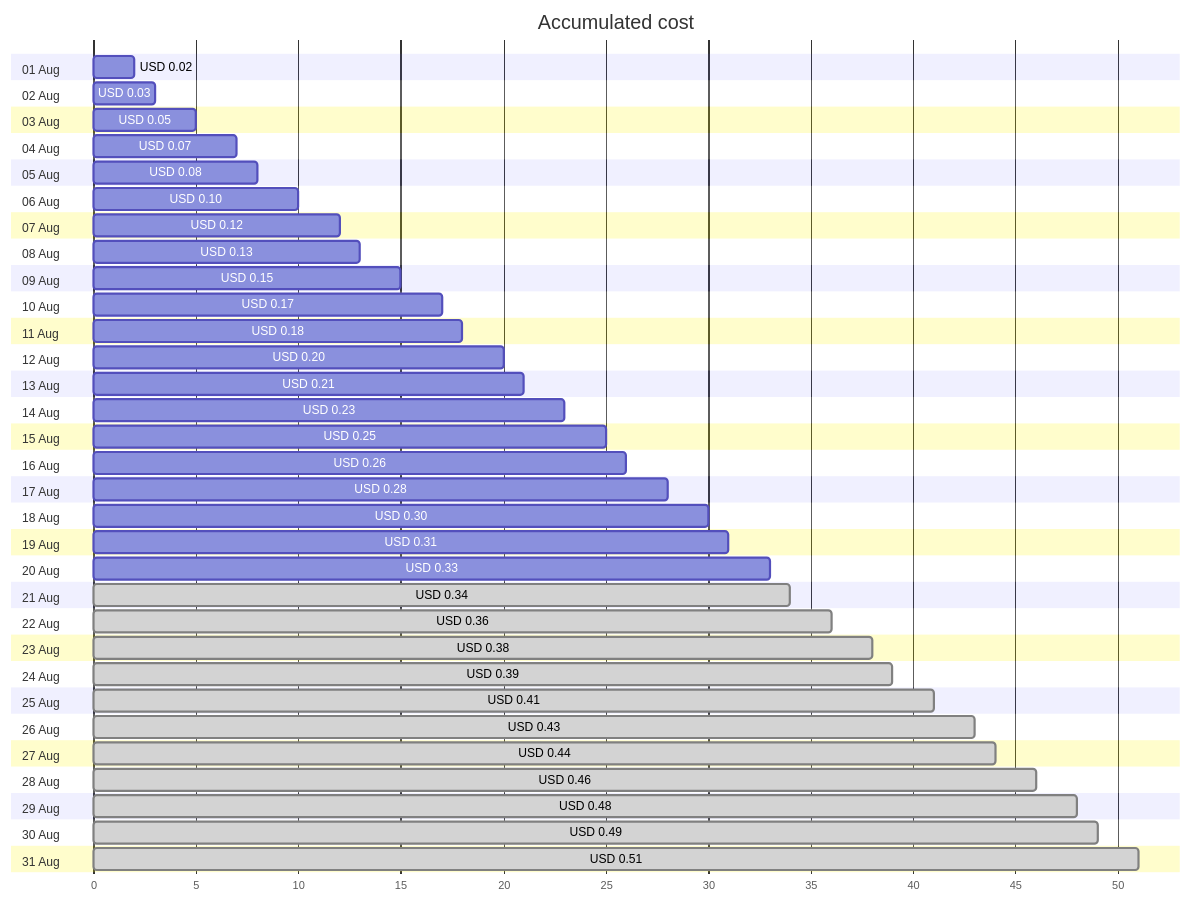
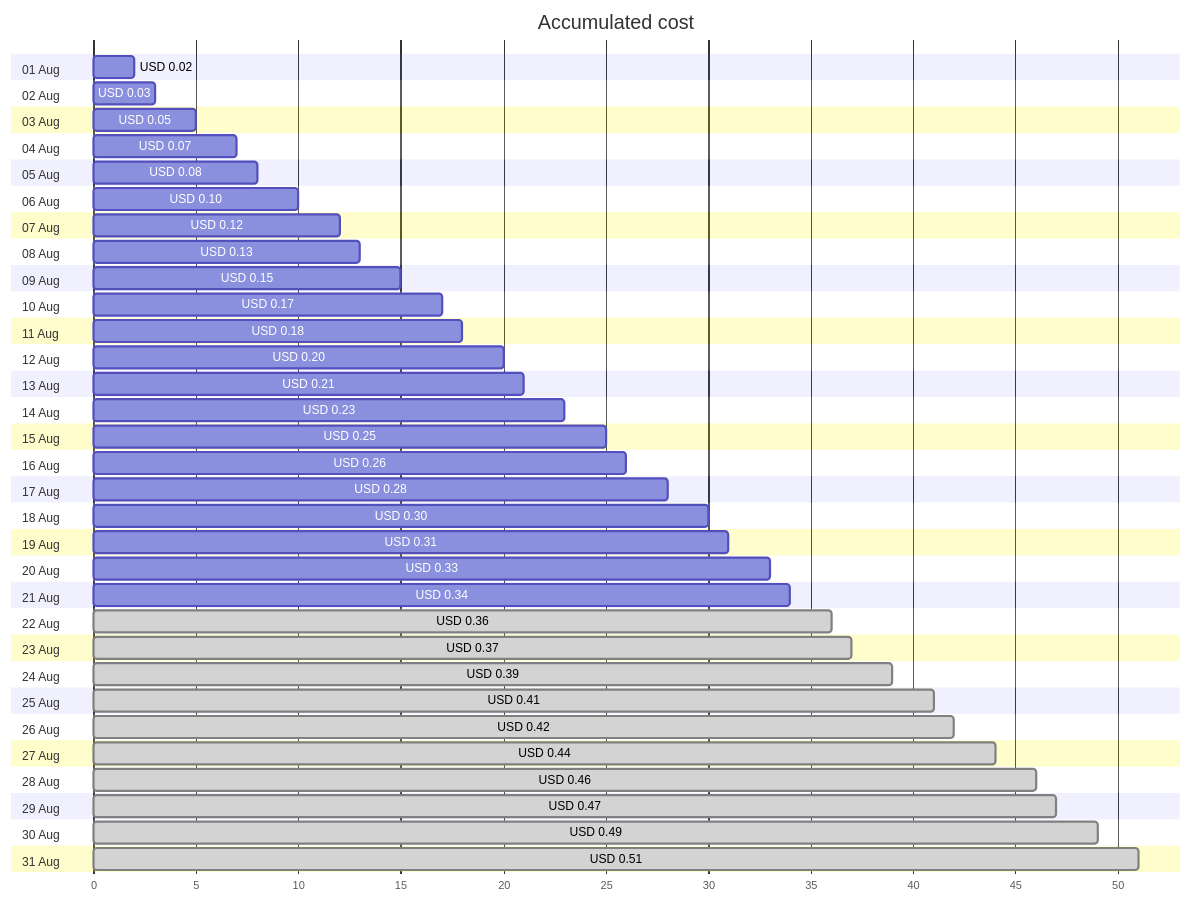
Before and after one commit to jpfulton/azure-personal-reports: the first of 4 diagrams in cost-reports/personal-dns/jpatrickfulton.dev.md, drawn with Mermaid. The commit also changed other lines of this file and 2 other files, not shown here.

````diff
--- a/cost-reports/personal-dns/jpatrickfulton.dev.md
+++ b/cost-reports/personal-dns/jpatrickfulton.dev.md
@@ -20,68 +20,68 @@
 ```mermaid
 gantt
    title Accumulated cost
    dateFormat  X
    axisFormat %s
    section 01 Aug
    USD 0.02 :0, 2
    section 02 Aug
    USD 0.03 :0, 3
    section 03 Aug
    USD 0.05 :0, 5
    section 04 Aug
    USD 0.07 :0, 7
    section 05 Aug
    USD 0.08 :0, 8
    section 06 Aug
    USD 0.10 :0, 10
    section 07 Aug
    USD 0.12 :0, 12
    section 08 Aug
    USD 0.13 :0, 13
    section 09 Aug
    USD 0.15 :0, 15
    section 10 Aug
    USD 0.17 :0, 17
    section 11 Aug
    USD 0.18 :0, 18
    section 12 Aug
    USD 0.20 :0, 20
    section 13 Aug
    USD 0.21 :0, 21
    section 14 Aug
    USD 0.23 :0, 23
    section 15 Aug
    USD 0.25 :0, 25
    section 16 Aug
    USD 0.26 :0, 26
    section 17 Aug
    USD 0.28 :0, 28
    section 18 Aug
    USD 0.30 :0, 30
    section 19 Aug
    USD 0.31 :0, 31
    section 20 Aug
    USD 0.33 :0, 33
    section 21 Aug
-   USD 0.34 : done, 0, 34
+   USD 0.34 :0, 34
    section 22 Aug
    USD 0.36 : done, 0, 36
    section 23 Aug
-   USD 0.38 : done, 0, 38
+   USD 0.37 : done, 0, 37
    section 24 Aug
    USD 0.39 : done, 0, 39
    section 25 Aug
    USD 0.41 : done, 0, 41
    section 26 Aug
-   USD 0.43 : done, 0, 43
+   USD 0.42 : done, 0, 42
    section 27 Aug
    USD 0.44 : done, 0, 44
    section 28 Aug
    USD 0.46 : done, 0, 46
    section 29 Aug
-   USD 0.48 : done, 0, 48
+   USD 0.47 : done, 0, 47
    section 30 Aug
    USD 0.49 : done, 0, 49
    section 31 Aug
    USD 0.51 : done, 0, 51
 ```
````
